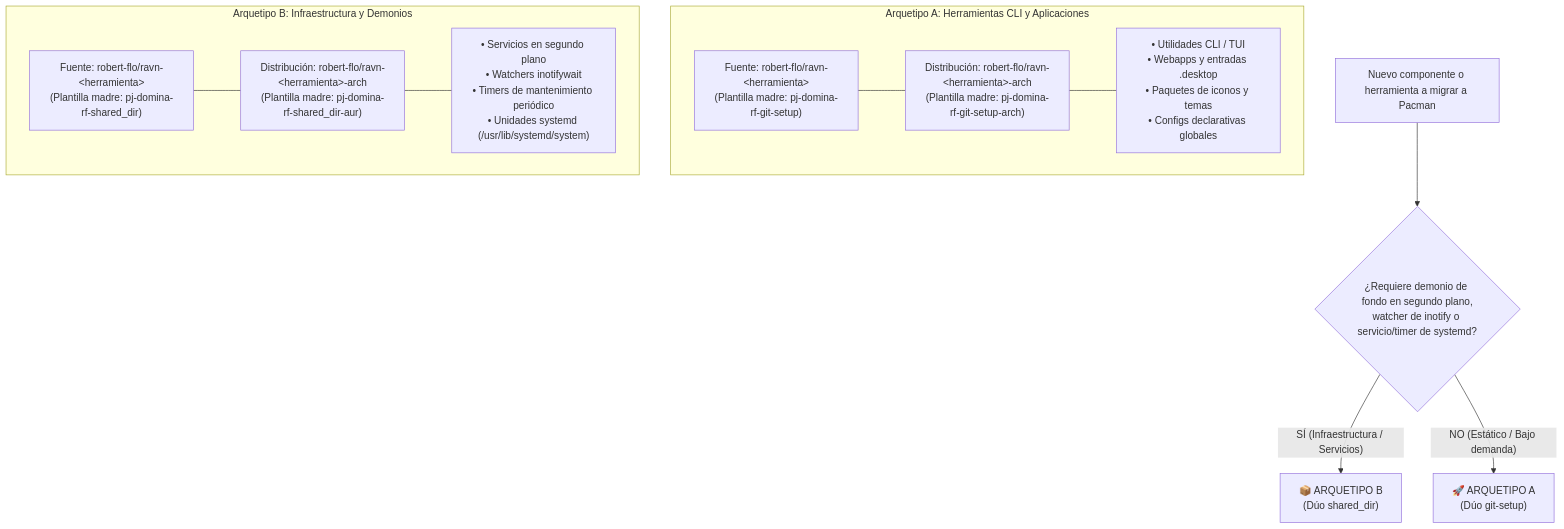
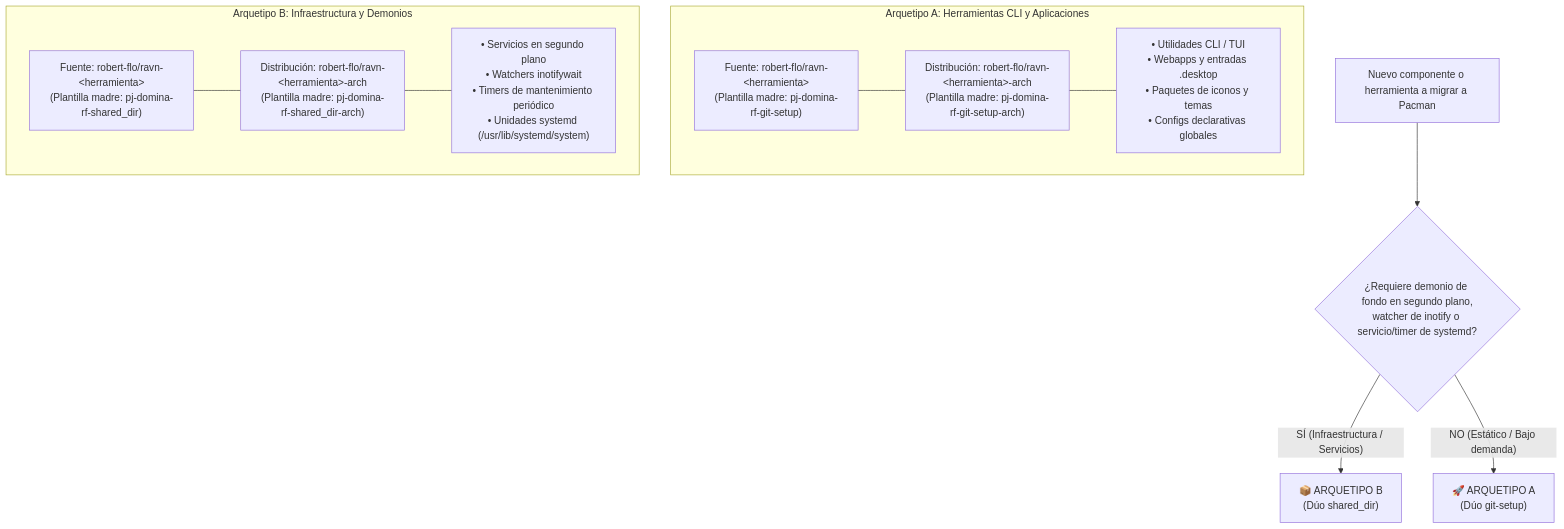
The first of 2 diagrams in docs/adr/0002-arbol-de-decision-y-estandar-duo-repositorios.md (robert-flo/PJ-NIRI-rf-omarchy-workstation), drawn with Mermaid before and after one commit. The commit also changed other lines of this file and 1 other file, not shown here.

First line of the commit message:
docs: estandarizar sufijo -arch (shared_dir-aur -> shared_dir-arch) (#55)

````diff
--- a/docs/adr/0002-arbol-de-decision-y-estandar-duo-repositorios.md
+++ b/docs/adr/0002-arbol-de-decision-y-estandar-duo-repositorios.md
@@ -55,21 +55,21 @@
 ```mermaid
 flowchart TD
     Inicio["Nuevo componente o herramienta a migrar a Pacman"] --> Q1{"¿Requiere demonio de fondo en segundo plano,\nwatcher de inotify o servicio/timer de systemd?"}
     
     Q1 -- "SÍ (Infraestructura / Servicios)" --> ArqB["📦 ARQUETIPO B\n(Dúo shared_dir)"]
     Q1 -- "NO (Estático / Bajo demanda)" --> ArqA["🚀 ARQUETIPO A\n(Dúo git-setup)"]
 
     subgraph Arquetipo_A ["Arquetipo A: Herramientas CLI y Aplicaciones"]
         ArqA_Src["Fuente: robert-flo/ravn-&lt;herramienta&gt;\n(Plantilla madre: pj-domina-rf-git-setup)"]
         ArqA_Dist["Distribución: robert-flo/ravn-&lt;herramienta&gt;-arch\n(Plantilla madre: pj-domina-rf-git-setup-arch)"]
         ArqA_Desc["• Utilidades CLI / TUI\n• Webapps y entradas .desktop\n• Paquetes de iconos y temas\n• Configs declarativas globales"]
         ArqA_Src --- ArqA_Dist --- ArqA_Desc
     end
 
     subgraph Arquetipo_B ["Arquetipo B: Infraestructura y Demonios"]
         ArqB_Src["Fuente: robert-flo/ravn-&lt;herramienta&gt;\n(Plantilla madre: pj-domina-rf-shared_dir)"]
-        ArqB_Dist["Distribución: robert-flo/ravn-&lt;herramienta&gt;-arch\n(Plantilla madre: pj-domina-rf-shared_dir-aur)"]
+        ArqB_Dist["Distribución: robert-flo/ravn-&lt;herramienta&gt;-arch\n(Plantilla madre: pj-domina-rf-shared_dir-arch)"]
         ArqB_Desc["• Servicios en segundo plano\n• Watchers inotifywait\n• Timers de mantenimiento periódico\n• Unidades systemd (/usr/lib/systemd/system)"]
         ArqB_Src --- ArqB_Dist --- ArqB_Desc
     end
 ```
````
